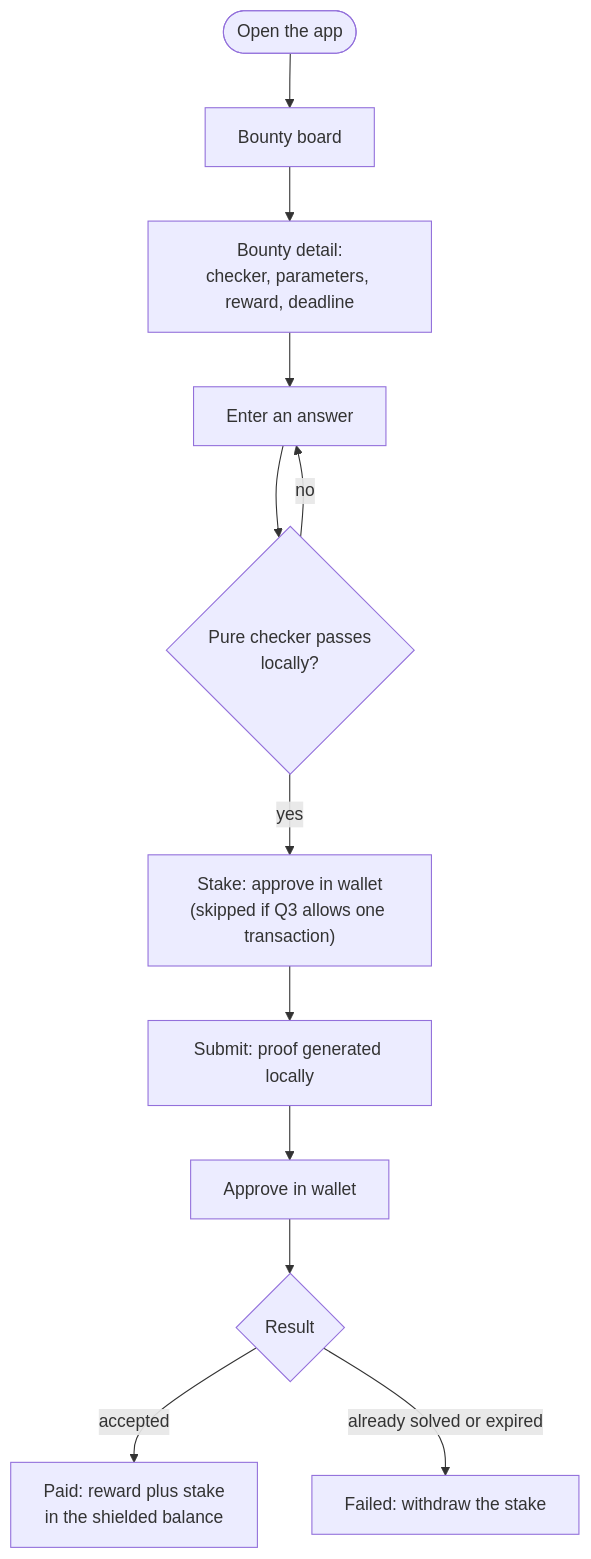
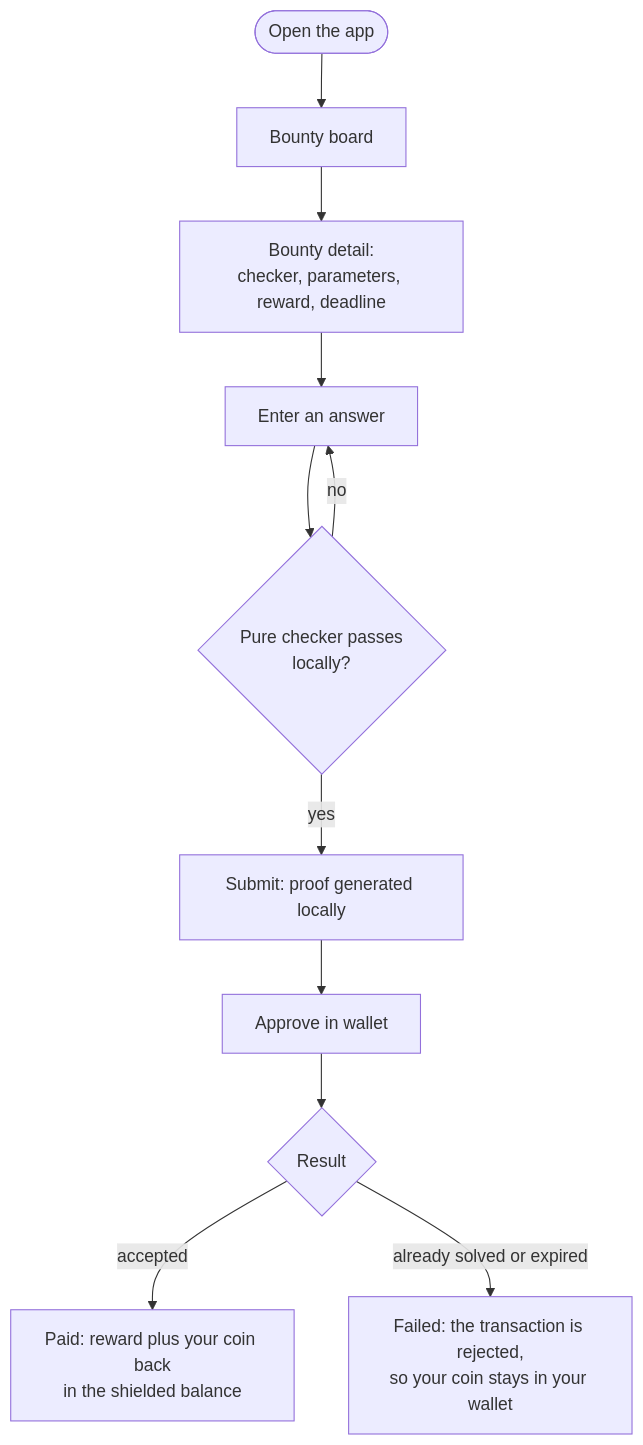
Before and after one commit to Kanasjnr/Midnight-private-bounties: the second of 11 diagrams in ARCHITECTURE.md, drawn with Mermaid. The commit also changed other lines of this file and 7 other files, not shown here.

````diff
--- a/ARCHITECTURE.md
+++ b/ARCHITECTURE.md
@@ -252,14 +278,13 @@
 ```mermaid
 flowchart TD
   A(["Open the app"]) --> B["Bounty board"]
   B --> C["Bounty detail:<br/>checker, parameters, reward, deadline"]
   C --> D["Enter an answer"]
   D --> E{"Pure checker passes<br/>locally?"}
   E -->|no| D
-  E -->|yes| F["Stake: approve in wallet<br/>(skipped if Q3 allows one transaction)"]
-  F --> G["Submit: proof generated locally"]
+  E -->|yes| G["Submit: proof generated locally"]
   G --> H["Approve in wallet"]
   H --> I{"Result"}
-  I -->|"accepted"| J["Paid: reward plus stake<br/>in the shielded balance"]
-  I -->|"already solved or expired"| K["Failed: withdraw the stake"]
+  I -->|"accepted"| J["Paid: reward plus your coin back<br/>in the shielded balance"]
+  I -->|"already solved or expired"| K["Failed: the transaction is rejected,<br/>so your coin stays in your wallet"]
 ```
````
